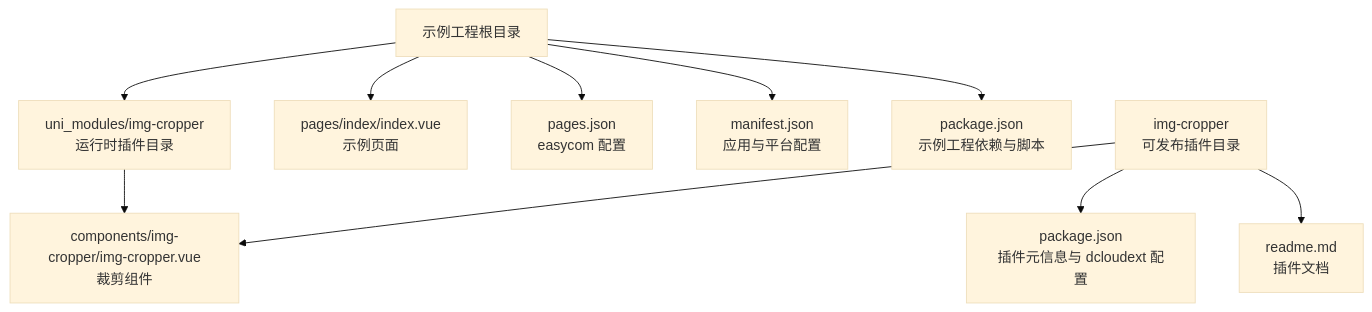
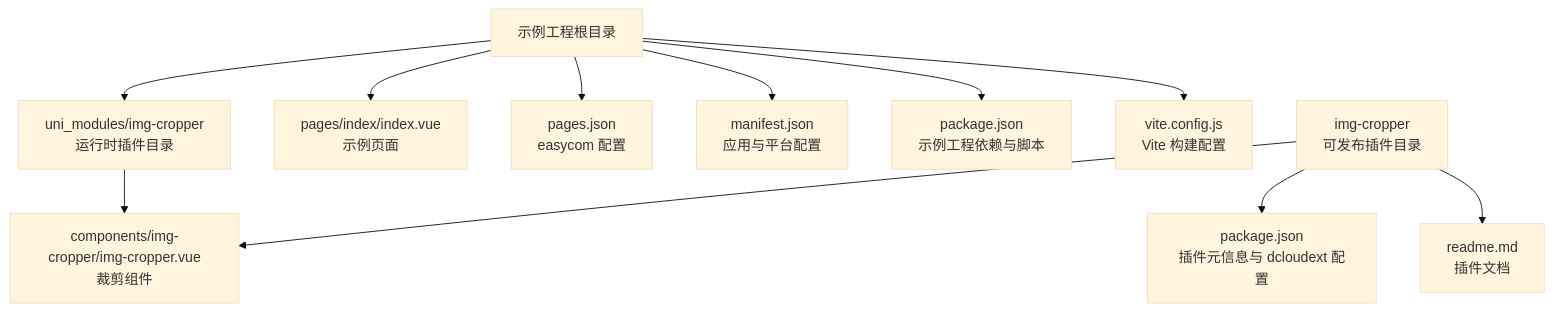
Before and after one commit to xyytwz/img-avatar-cropper: the first of 7 diagrams in .qoder/repowiki/zh/content/部署与发布指南.md, drawn with Mermaid (base theme). The commit also changed other lines of this file and 18 other files, not shown here.

````diff
--- a/.qoder/repowiki/zh/content/部署与发布指南.md
+++ b/.qoder/repowiki/zh/content/部署与发布指南.md
@@ -42,12 +52,13 @@
 ```mermaid
 graph TB
 Root["示例工程根目录"] --> UniModules["uni_modules/img-cropper<br/>运行时插件目录"]
 Root --> Pages["pages/index/index.vue<br/>示例页面"]
 Root --> ConfigPages["pages.json<br/>easycom 配置"]
 Root --> Manifest["manifest.json<br/>应用与平台配置"]
 Root --> PkgRoot["package.json<br/>示例工程依赖与脚本"]
+Root --> ViteConfig["vite.config.js<br/>Vite 构建配置"]
 PluginDir["img-cropper<br/>可发布插件目录"] --> PkgPlugin["package.json<br/>插件元信息与 dcloudext 配置"]
 PluginDir --> ReadmePlugin["readme.md<br/>插件文档"]
 UniModules --> CompVue["components/img-cropper/img-cropper.vue<br/>裁剪组件"]
 PluginDir --> CompVue
 ```
````
